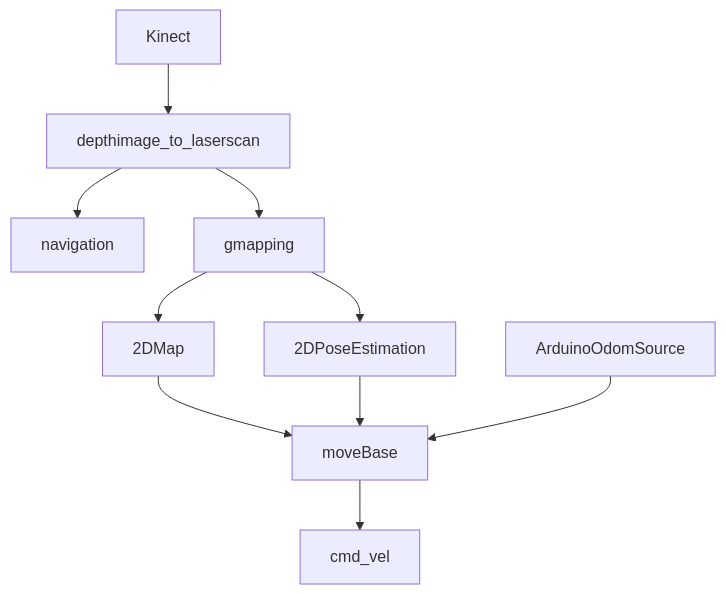
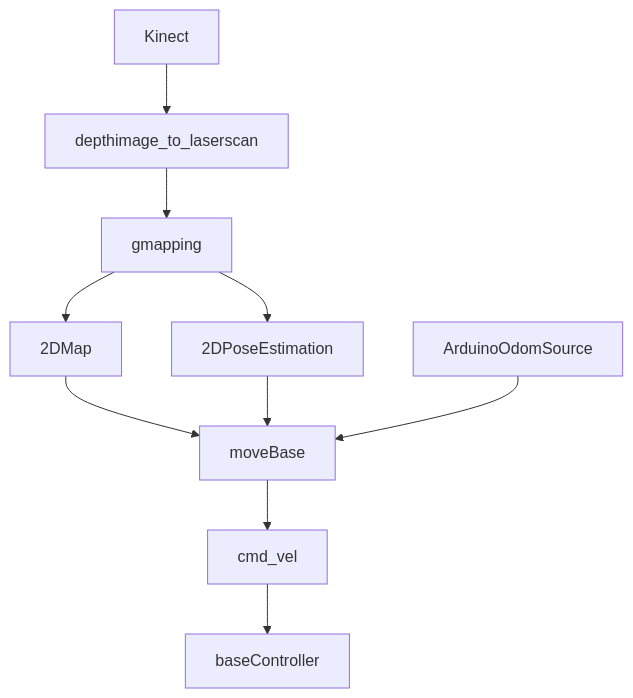
Before and after one commit to adrianLIrobotics/SLAM_robot: the diagram in README.md, drawn with Mermaid.

````diff
--- a/README.md
+++ b/README.md
@@ -21,13 +21,12 @@
 ```mermaid
 graph TD;
   Kinect-->depthimage_to_laserscan
-  depthimage_to_laserscan-->navigation
   depthimage_to_laserscan-->gmapping
   gmapping-->2DMap
   2DMap-->moveBase
   gmapping-->2DPoseEstimation
   2DPoseEstimation-->moveBase
   ArduinoOdomSource-->moveBase
   moveBase-->cmd_vel
-
+  cmd_vel-->baseController
 ```
````
